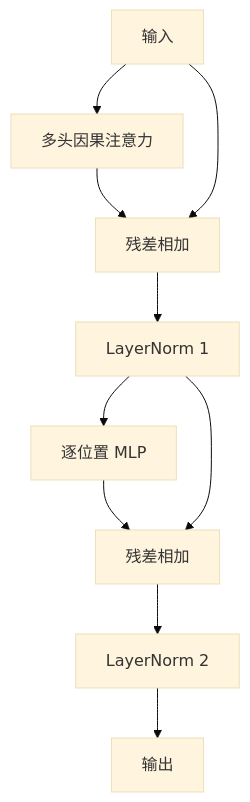
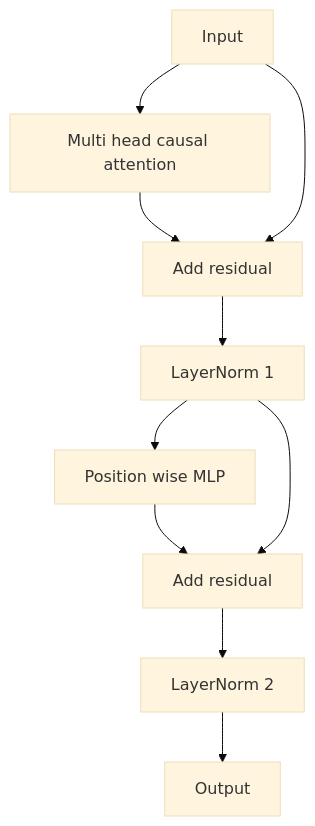
The second of 2 diagrams in i18n/zh/phases/19-capstone-projects/34-transformer-block/docs/zh.md (xiaojiaenen/ai-engineering-from-scratch-zh), drawn with Mermaid (base theme) before and after one commit. The commit also changed other lines of this file and 85 other files, not shown here.

````diff
--- a/i18n/zh/phases/19-capstone-projects/34-transformer-block/docs/zh.md
+++ b/i18n/zh/phases/19-capstone-projects/34-transformer-block/docs/zh.md
@@ -45,12 +45,12 @@
 ```mermaid
 flowchart TB
-  X[输入] --> MHA[多头因果注意力]
-  MHA --> R1[残差相加]
+  X[Input] --> MHA[Multi head causal attention]
+  MHA --> R1[Add residual]
   X --> R1
   R1 --> N1[LayerNorm 1]
-  N1 --> MLP[逐位置 MLP]
-  MLP --> R2[残差相加]
+  N1 --> MLP[Position wise MLP]
+  MLP --> R2[Add residual]
   N1 --> R2
   R2 --> N2[LayerNorm 2]
-  N2 --> Y[输出]
+  N2 --> Y[Output]
 ```
````
